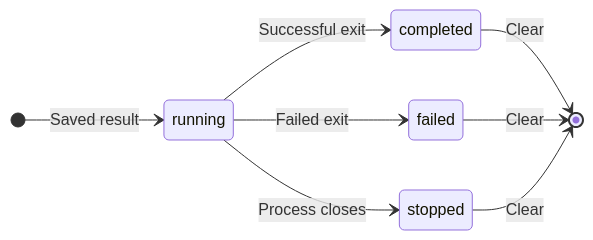
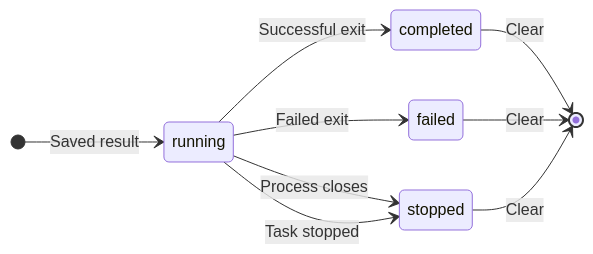
Before and after one commit to a73chadin/geckit-claude-tmux: the second of 2 diagrams in doc/ux/passive-terminal.md, drawn with Mermaid. The commit also changed other lines of this file and 4 other files, not shown here.

````diff
--- a/doc/ux/passive-terminal.md
+++ b/doc/ux/passive-terminal.md
@@ -152,11 +152,12 @@
 ```mermaid
 stateDiagram-v2
     direction LR
     [*] --> running: Saved result
     running --> completed: Successful exit
     running --> failed: Failed exit
     running --> stopped: Process closes
+    running --> stopped: Task stopped
     completed --> [*]: Clear
     failed --> [*]: Clear
     stopped --> [*]: Clear
 ```
````
